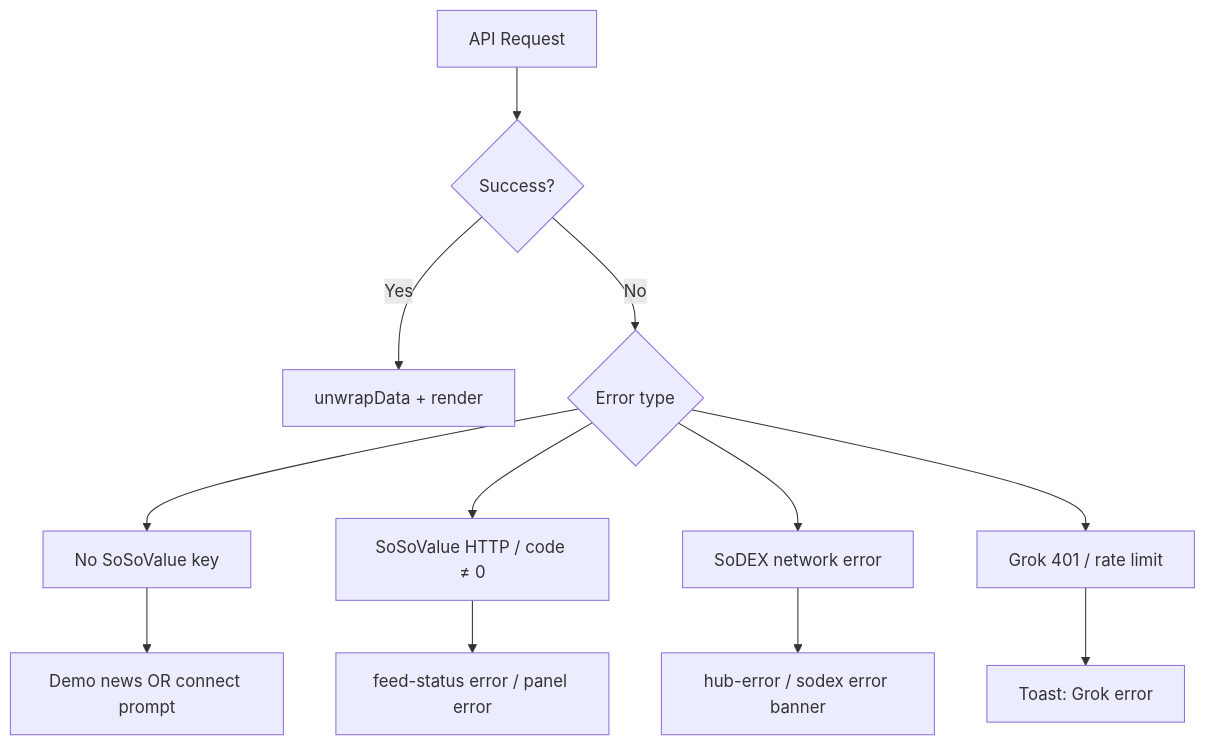
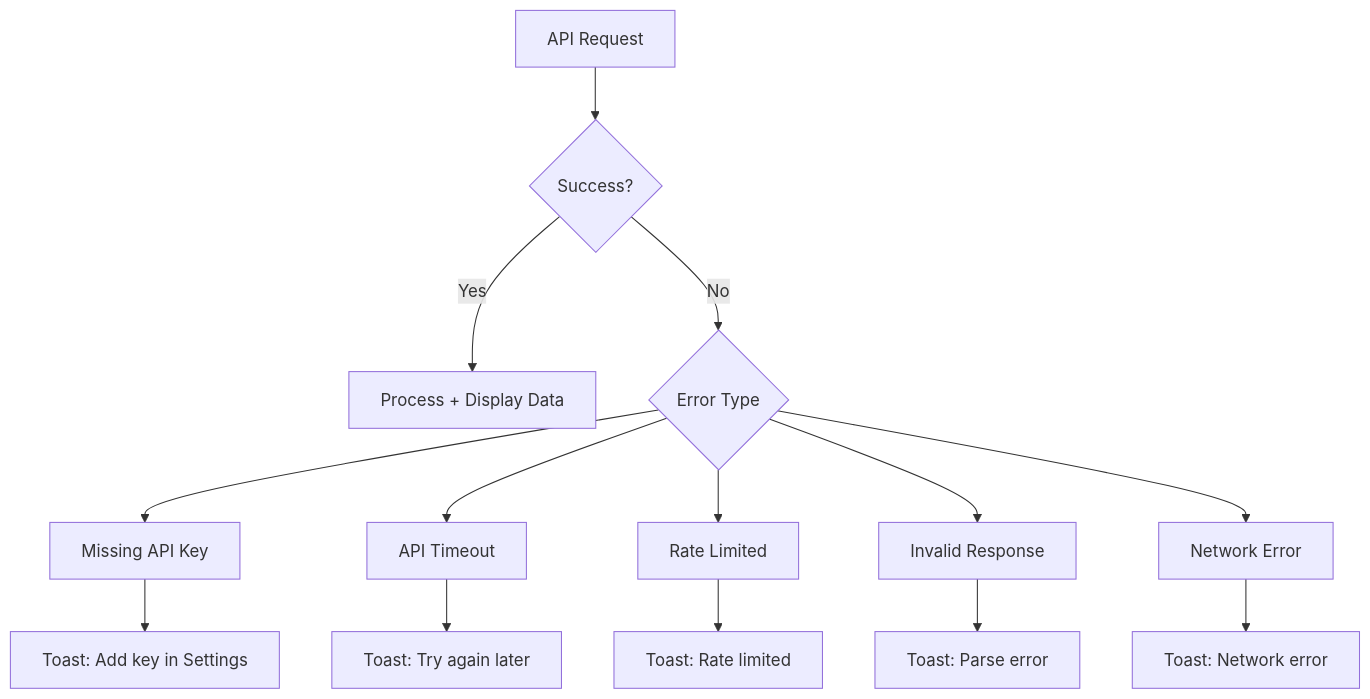
Before and after one commit to Nanle-code/CryptoDesk: diagram 15 of 18 in cryptodesk/README.md, drawn with Mermaid. The commit also changed other lines of this file and 28 other files, not shown here.

````diff
--- a/cryptodesk/README.md
+++ b/cryptodesk/README.md
@@ -910,16 +1003,18 @@
 ```mermaid
 flowchart TD
     A[API Request] --> B{Success?}
-    B -- Yes --> C[unwrapData + render]
-    B -- No --> D{Error type}
+    B -- Yes --> C[Process + Display Data]
+    B -- No --> D{Error Type}
 
-    D --> E[No SoSoValue key]
-    D --> F[SoSoValue HTTP / code ≠ 0]
-    D --> G[SoDEX network error]
-    D --> H[Grok 401 / rate limit]
+    D --> E[Missing API Key]
+    D --> F[API Timeout]
+    D --> G[Rate Limited]
+    D --> H[Invalid Response]
+    D --> I[Network Error]
 
-    E --> I[Demo news OR connect prompt]
-    F --> J[feed-status error / panel error]
-    G --> K[hub-error / sodex error banner]
-    H --> L[Toast: Grok error]
+    E --> J[Toast: Add key in Settings]
+    F --> K[Toast: Try again later]
+    G --> L[Toast: Rate limited]
+    H --> M[Toast: Parse error]
+    I --> N[Toast: Network error]
 ```
````
